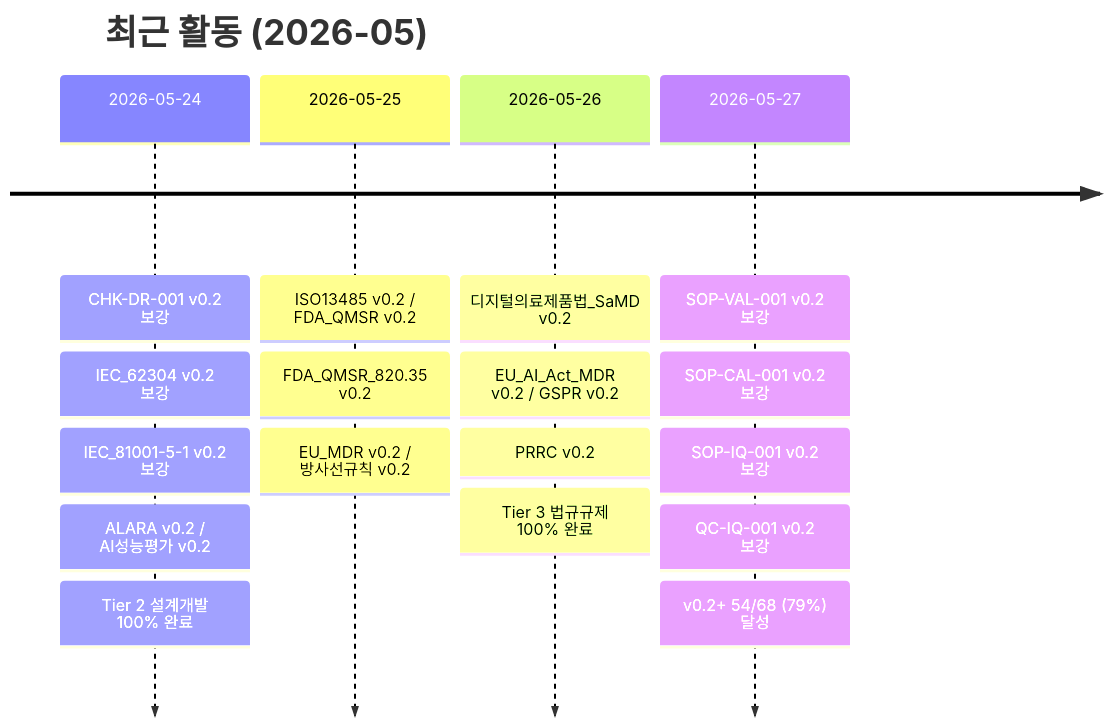
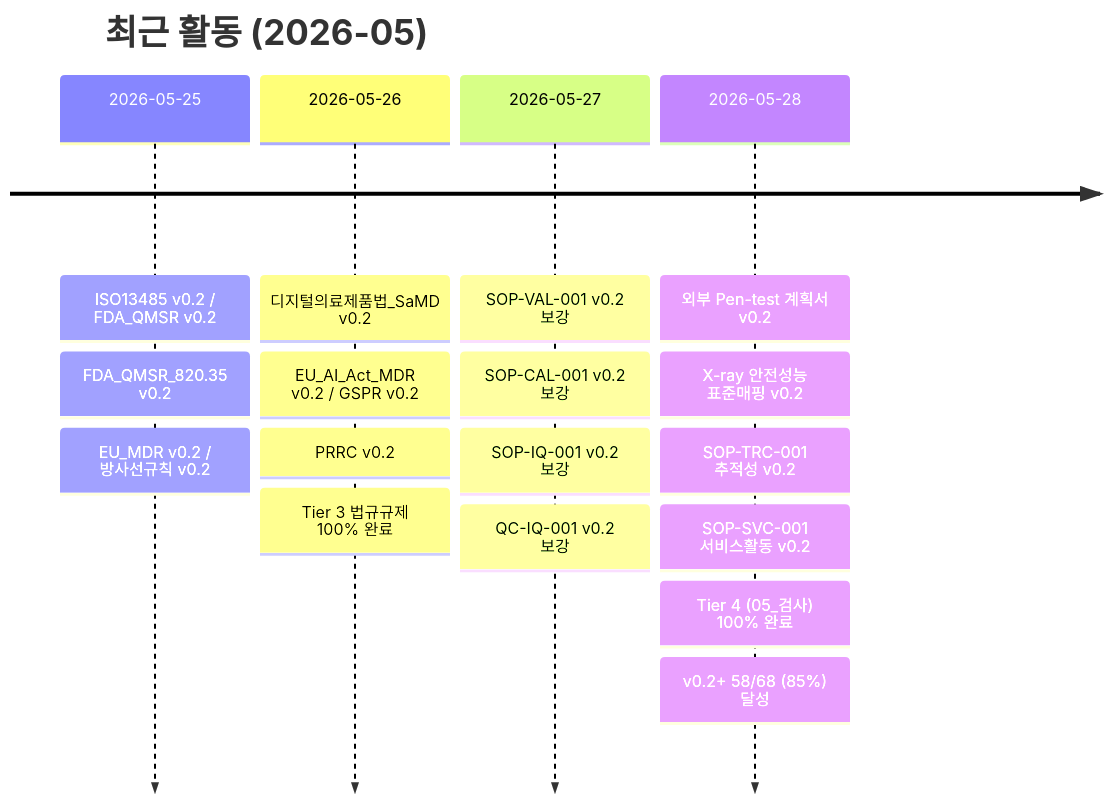
One commit to holee9/MD-process changed the third of 4 diagrams in README.md. Above: the diagram before and after it, drawn with Mermaid. The commit also changed other lines of this file, not shown here.

````diff
--- a/README.md
+++ b/README.md
@@ -138,21 +138,21 @@
 ```mermaid
 timeline
     title 최근 활동 (2026-05)
-    2026-05-24 : CHK-DR-001 v0.2 보강
-               : IEC_62304 v0.2 보강
-               : IEC_81001-5-1 v0.2 보강
-               : ALARA v0.2 / AI성능평가 v0.2
-               : Tier 2 설계개발 100% 완료
     2026-05-25 : ISO13485 v0.2 / FDA_QMSR v0.2
                : FDA_QMSR_820.35 v0.2
                : EU_MDR v0.2 / 방사선규칙 v0.2
     2026-05-26 : 디지털의료제품법_SaMD v0.2
                : EU_AI_Act_MDR v0.2 / GSPR v0.2
                : PRRC v0.2
                : Tier 3 법규규제 100% 완료
     2026-05-27 : SOP-VAL-001 v0.2 보강
                : SOP-CAL-001 v0.2 보강
                : SOP-IQ-001 v0.2 보강
                : QC-IQ-001 v0.2 보강
-               : v0.2+ 54/68 (79%) 달성
+    2026-05-28 : 외부 Pen-test 계획서 v0.2
+               : X-ray 안전성능 표준매핑 v0.2
+               : SOP-TRC-001 추적성 v0.2
+               : SOP-SVC-001 서비스활동 v0.2
+               : Tier 4 (05_검사) 100% 완료
+               : v0.2+ 58/68 (85%) 달성
 ```
````
